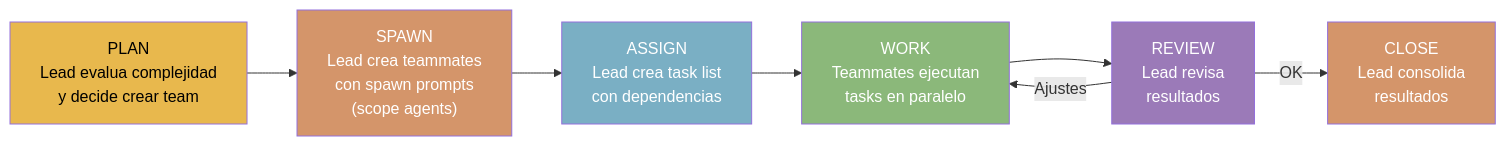
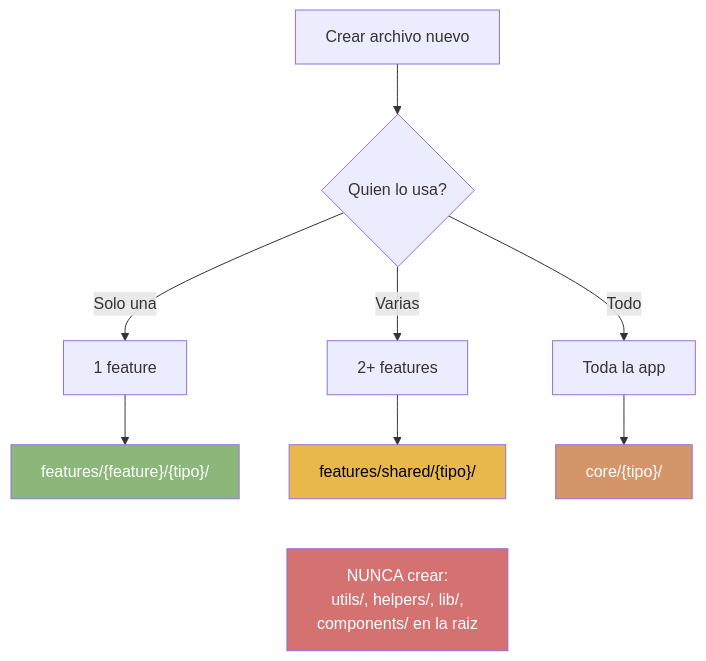
Diagram 11 of 14 in docs/architecture/arquitectura-diagrama.md (jota-batuta/batuta-dots), drawn with Mermaid before and after one commit. The commit also changed other lines of this file and 120 other files, not shown here.

````diff
--- a/docs/architecture/arquitectura-diagrama.md
+++ b/docs/architecture/arquitectura-diagrama.md
@@ -720,21 +400,31 @@
 ```mermaid
-flowchart LR
-    PLAN["PLAN<br/>Lead evalua complejidad<br/>y decide crear team"]
-    SPAWN["SPAWN<br/>Lead crea teammates<br/>con spawn prompts<br/>(scope agents)"]
-    ASSIGN["ASSIGN<br/>Lead crea task list<br/>con dependencias"]
-    WORK["WORK<br/>Teammates ejecutan<br/>tasks en paralelo"]
-    REVIEW["REVIEW<br/>Lead revisa<br/>resultados"]
-    CLOSE["CLOSE<br/>Lead consolida<br/>resultados"]
+flowchart TD
+    START["Crear archivo nuevo"]
+    Q{"Quien lo usa?"}
+    F1["1 feature"]
+    F2["2+ features"]
+    FALL["Toda la app"]
 
-    PLAN --> SPAWN --> ASSIGN --> WORK
-    WORK --> REVIEW
-    REVIEW -->|"OK"| CLOSE
-    REVIEW -->|"Ajustes"| WORK
+    PATH1["features/{feature}/{tipo}/"]
+    PATH2["features/shared/{tipo}/"]
+    PATH3["core/{tipo}/"]
 
-    style PLAN fill:#E8B84D,color:#000
-    style SPAWN fill:#D4956A,color:#fff
-    style ASSIGN fill:#7AAFC4,color:#fff
-    style WORK fill:#8BB87A,color:#fff
-    style REVIEW fill:#9B7AB8,color:#fff
-    style CLOSE fill:#D4956A,color:#fff
+    NEVER["NUNCA crear:<br/>utils/, helpers/, lib/,<br/>components/ en la raiz"]
+
+    START --> Q
+    Q -->|"Solo una"| F1
+    Q -->|"Varias"| F2
+    Q -->|"Todo"| FALL
+    F1 --> PATH1
+    F2 --> PATH2
+    FALL --> PATH3
+
+    PATH1 ~~~ NEVER
+    PATH2 ~~~ NEVER
+    PATH3 ~~~ NEVER
+
+    style PATH1 fill:#8BB87A,color:#fff
+    style PATH2 fill:#E8B84D,color:#000
+    style PATH3 fill:#D4956A,color:#fff
+    style NEVER fill:#D47272,color:#fff
 ```
````
